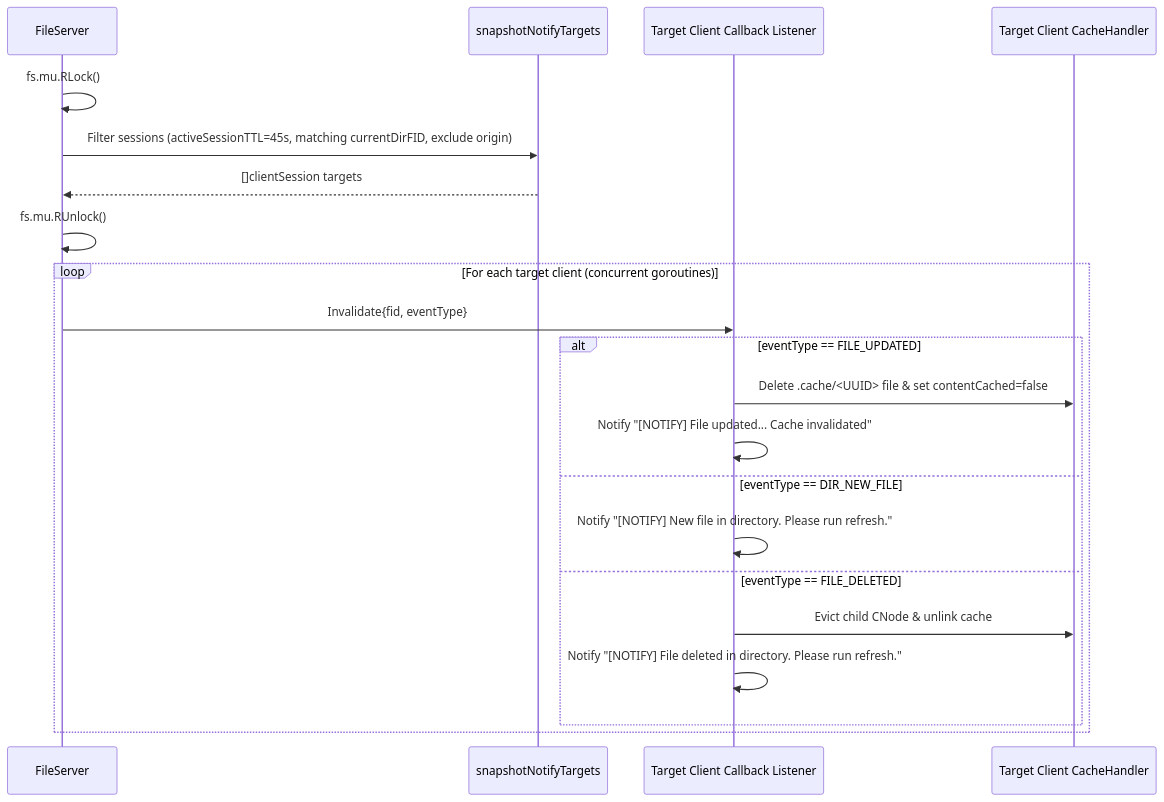
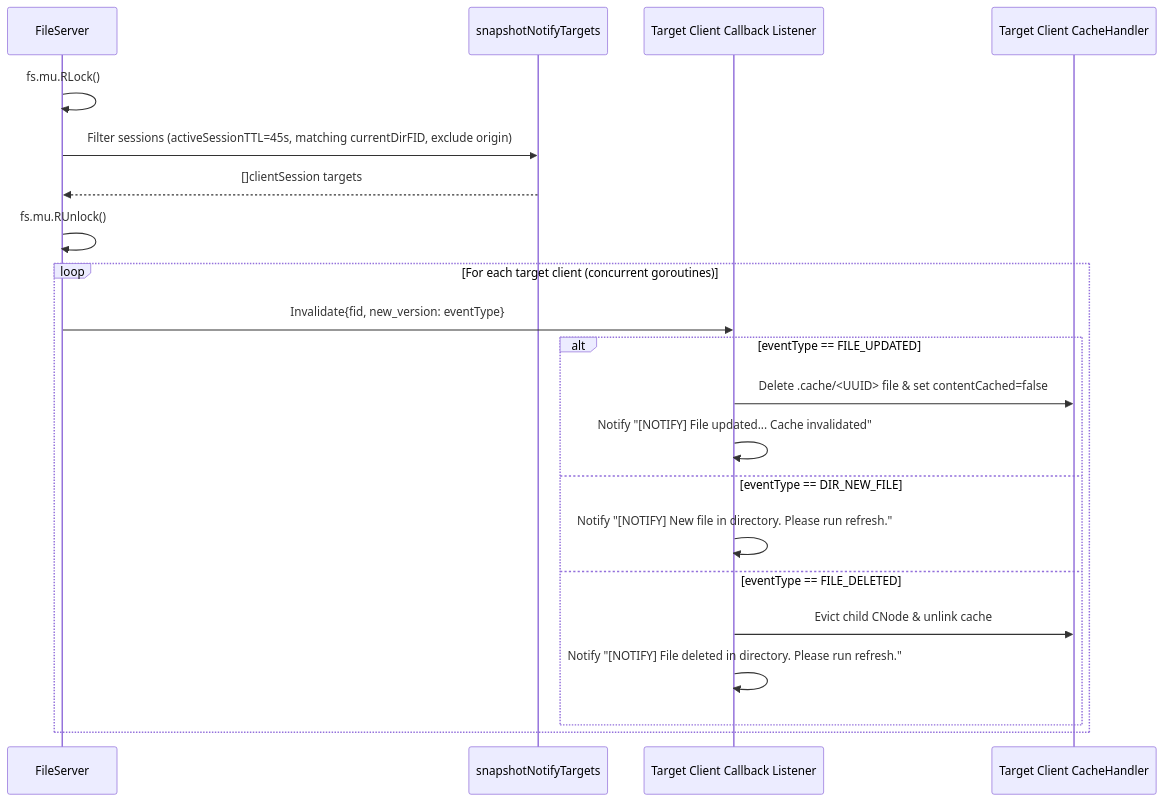
Before and after one commit to DVFS-IIT-Gandhinagar/Distributed-Virtual-File-System: the seventh of 7 diagrams in docs/architecture.md, drawn with Mermaid. The commit also changed other lines of this file and 41 other files, not shown here.

````diff
--- a/docs/architecture.md
+++ b/docs/architecture.md
@@ -253,25 +258,25 @@
 ```mermaid
 sequenceDiagram
     participant FS as FileServer
     participant SS as snapshotNotifyTargets
     participant CBT as Target Client Callback Listener
     participant CHA as Target Client CacheHandler
 
     FS->>FS: fs.mu.RLock()
     FS->>SS: Filter sessions (activeSessionTTL=45s, matching currentDirFID, exclude origin)
     SS-->>FS: []clientSession targets
     FS->>FS: fs.mu.RUnlock()
 
     loop For each target client (concurrent goroutines)
-        FS->>CBT: Invalidate{fid, eventType}
+        FS->>CBT: Invalidate{fid, new_version: eventType}
         alt eventType == FILE_UPDATED
             CBT->>CHA: Delete .cache/<UUID> file & set contentCached=false
             CBT->>CBT: Notify "[NOTIFY] File updated... Cache invalidated"
         else eventType == DIR_NEW_FILE
             CBT->>CBT: Notify "[NOTIFY] New file in directory. Please run refresh."
         else eventType == FILE_DELETED
             CBT->>CHA: Evict child CNode & unlink cache
             CBT->>CBT: Notify "[NOTIFY] File deleted in directory. Please run refresh."
         end
     end
 ```
````
